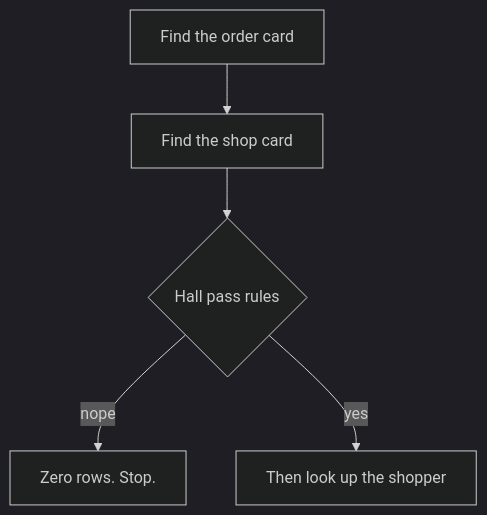
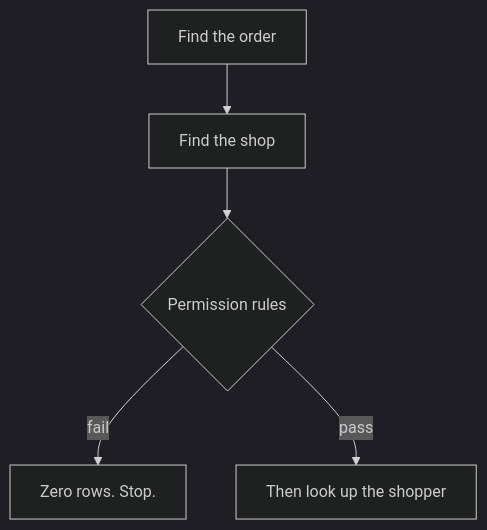
One commit to vijaykumarjob0701/theintelliwise changed the third of 3 diagrams in _posts/2026-09-22-postgres-explain.md. Above: the diagram before and after it, drawn with Mermaid (dark theme). The commit also changed other lines of this file and 6 other files, not shown here.

````diff
--- a/_posts/2026-09-22-postgres-explain.md
+++ b/_posts/2026-09-22-postgres-explain.md
@@ -559,7 +551,7 @@
 ```mermaid
 flowchart TB
-  O[Find the order card] --> S[Find the shop card]
-  S --> F{Hall pass rules}
-  F -->|nope| X[Zero rows. Stop.]
-  F -->|yes| C[Then look up the shopper]
+  O[Find the order] --> S[Find the shop]
+  S --> F{Permission rules}
+  F -->|fail| X[Zero rows. Stop.]
+  F -->|pass| C[Then look up the shopper]
 ```
````
